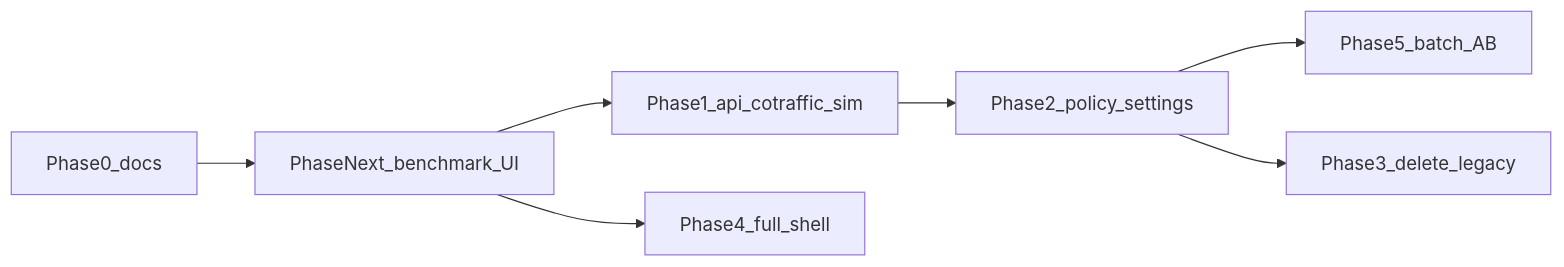
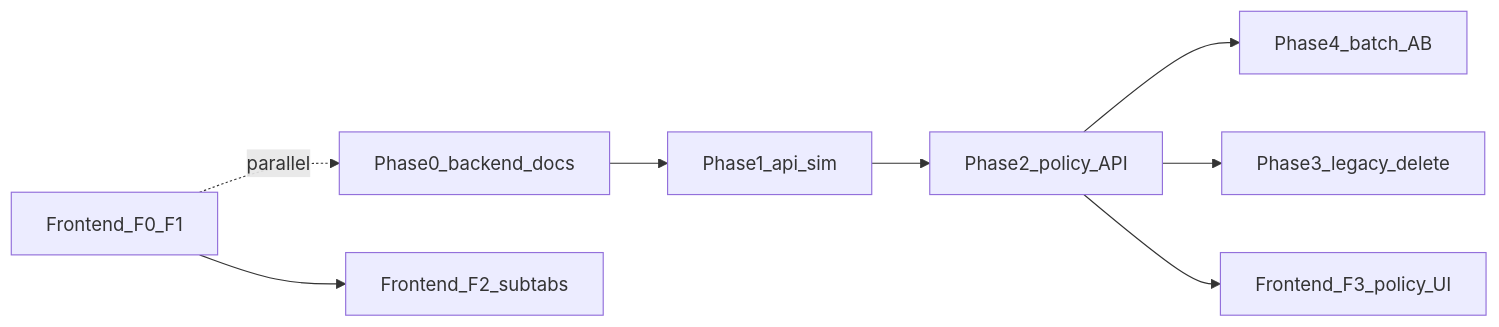
The second of 2 diagrams in .cursor/plans/backend_consolidation_roadmap_a5cb18ec.plan.md (Esprit-School-of-Engineering-5DS8/intelligent-marl-traffic), drawn with Mermaid before and after one commit. The commit also changed other lines of this file and 67 other files, not shown here.

````diff
--- a/.cursor/plans/backend_consolidation_roadmap_a5cb18ec.plan.md
+++ b/.cursor/plans/backend_consolidation_roadmap_a5cb18ec.plan.md
@@ -276,16 +214,16 @@
 ```mermaid
 flowchart LR
-  P0[Phase0_docs]
-  PNext[PhaseNext_benchmark_UI]
-  P1[Phase1_api_cotraffic_sim]
-  P2[Phase2_policy_settings]
-  P5a[Phase5_batch_AB]
-  P3[Phase3_delete_legacy]
-  P4[Phase4_full_shell]
-  P0 --> PNext
-  PNext --> P1
+  P0[Phase0_backend_docs]
+  F0[Frontend_F0_F1]
+  P1[Phase1_api_sim]
+  P2[Phase2_policy_API]
+  P4[Phase4_batch_AB]
+  P3[Phase3_legacy_delete]
+  F0 --> F2[Frontend_F2_subtabs]
+  P0 --> P1
+  F0 -. parallel .-> P0
   P1 --> P2
-  P2 --> P5a
+  P2 --> P4
   P2 --> P3
-  PNext --> P4
+  P2 --> F3[Frontend_F3_policy_UI]
 ```
````
